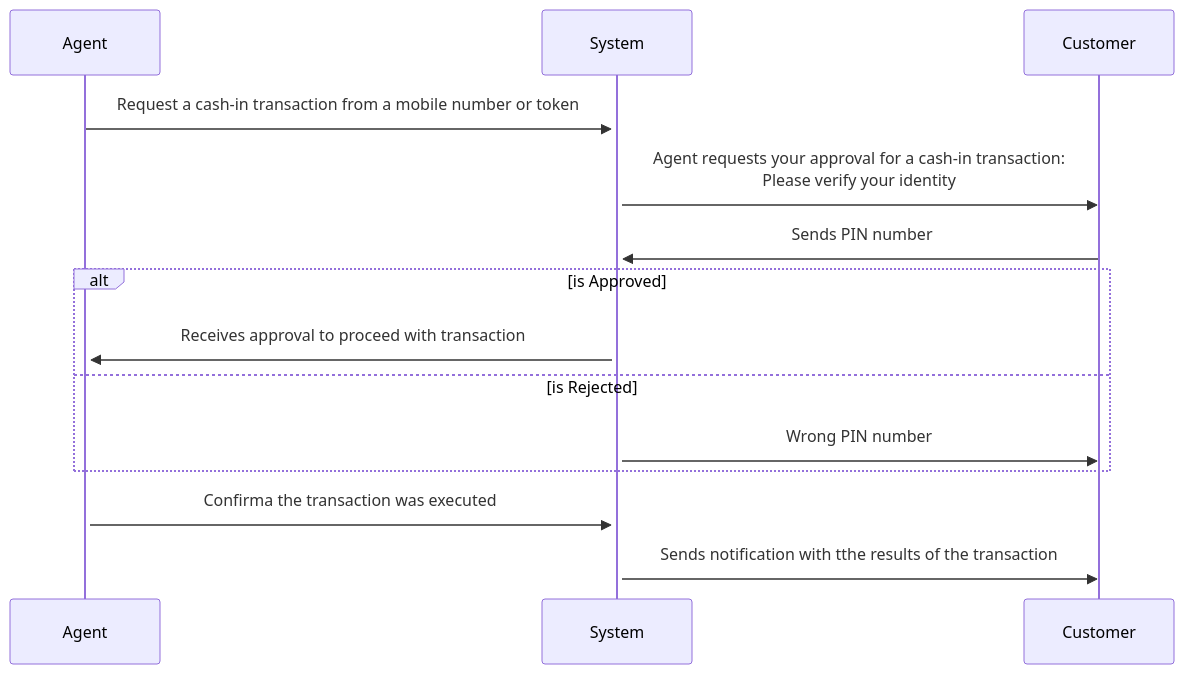
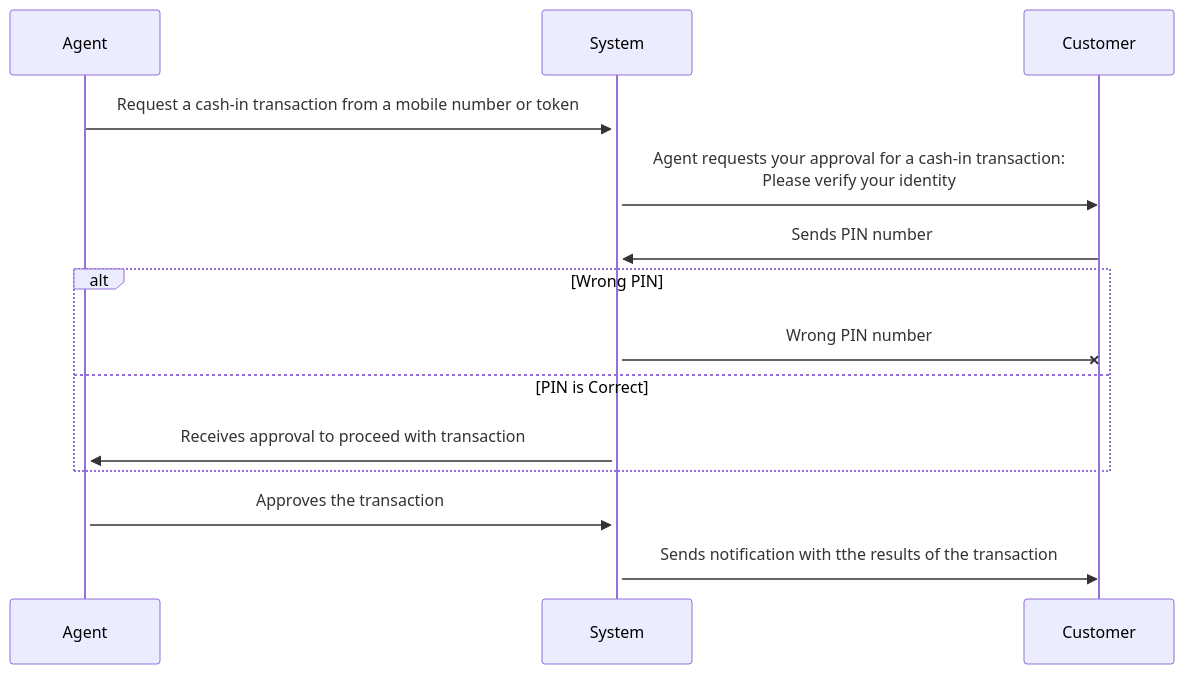
One commit to gsmainclusivetechlab/token-docs changed the fourth of 8 diagrams in docs/usecases/scenarios.md. Above: the diagram before and after it, drawn with Mermaid. The commit also changed other lines of this file and 14 other files, not shown here.

````diff
--- a/docs/usecases/scenarios.md
+++ b/docs/usecases/scenarios.md
@@ -97,13 +97,13 @@
 ```mermaid
 sequenceDiagram
     Agent->>+System: Request a cash-in transaction from a mobile number or token
     System->>Customer: Agent requests your approval for a cash-in transaction: <br> Please verify your identity
     Customer->>System: Sends PIN number
-    alt is Approved
+    alt Wrong PIN
+        System-XCustomer: Wrong PIN number 
+    else PIN is Correct
         System->>+Agent: Receives approval to proceed with transaction
-    else is Rejected
-        System->>Customer: Wrong PIN number 
     end
-    Agent->>System: Confirma the transaction was executed
+    Agent->>System: Approves the transaction
     System->>Customer: Sends notification with tthe results of the transaction
 ```
````
